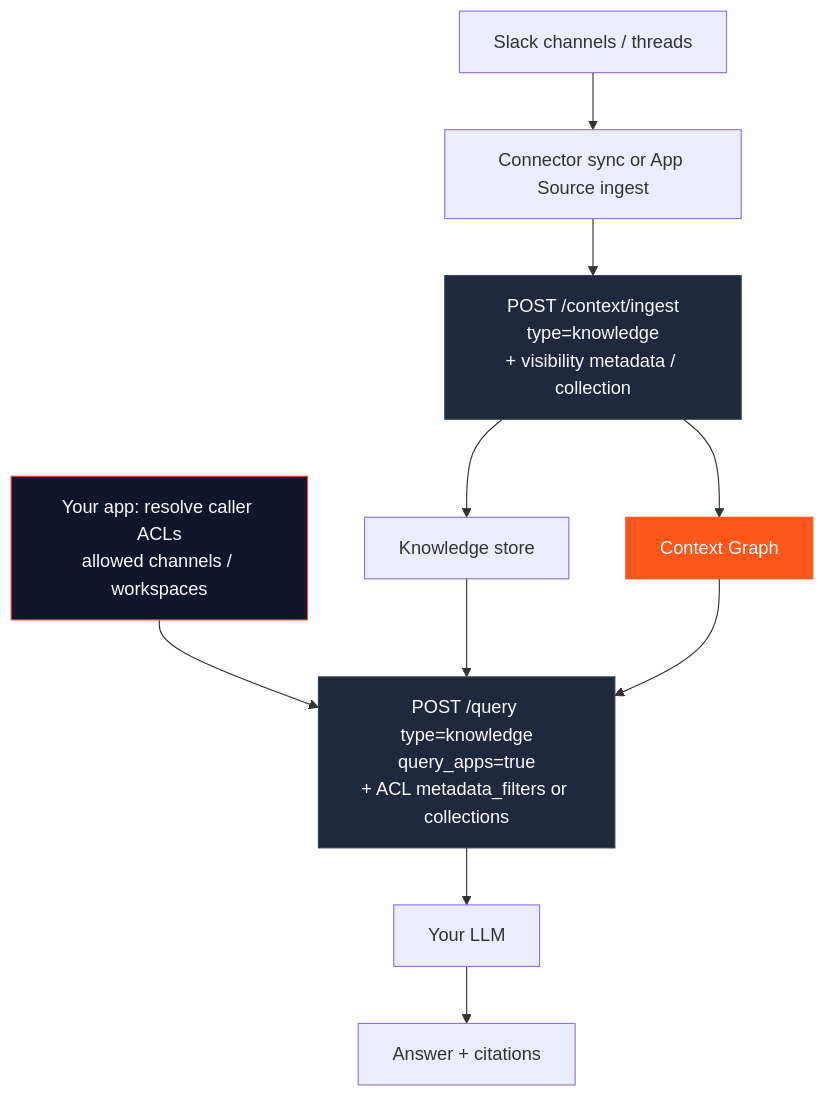
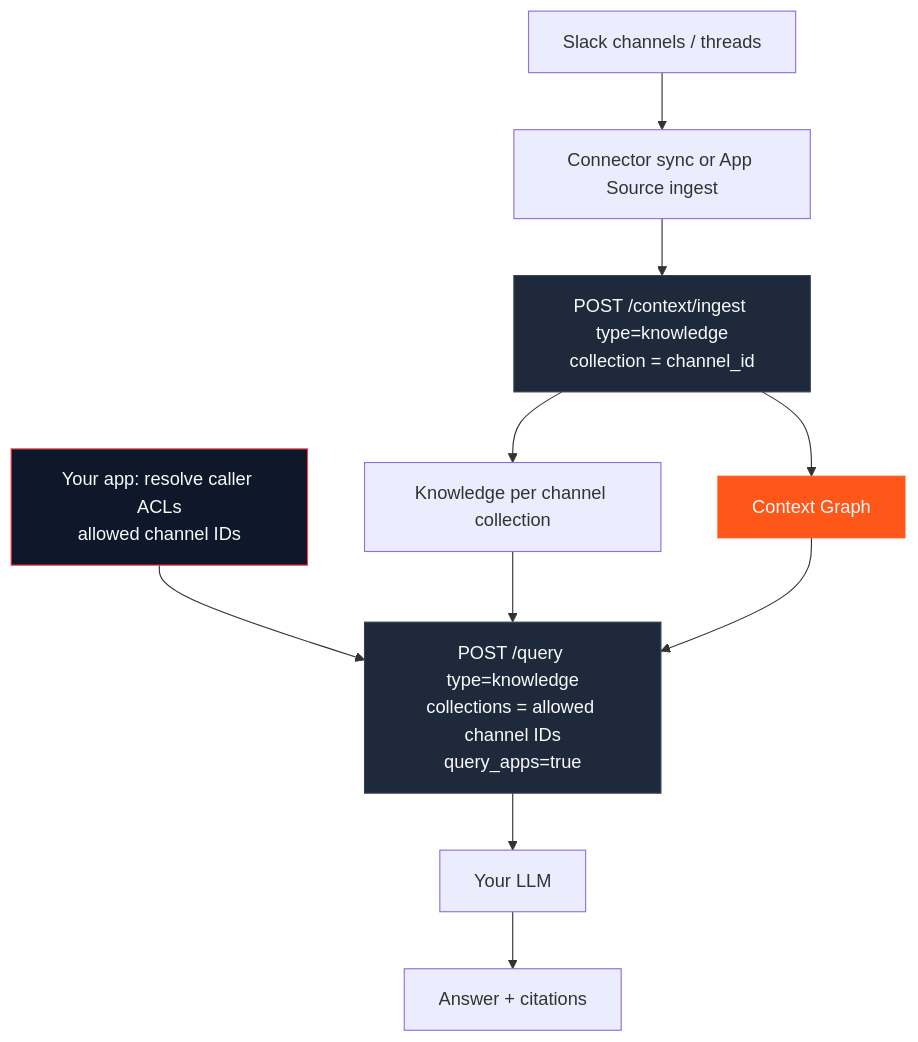
Before and after one commit to hydra-db/mintlify-docs: the first of 8 diagrams in essentials/v2/context-architecture/reference-architectures.mdx, drawn with Mermaid. The commit also changed other lines of this file and 2 other files, not shown here.

First line of the commit message:
docs(v2): document implementable multi-channel Slack ACL patterns

````diff
--- a/essentials/v2/context-architecture/reference-architectures.mdx
+++ b/essentials/v2/context-architecture/reference-architectures.mdx
@@ -14,25 +14,25 @@
 ```mermaid
 flowchart TB
   Slack["Slack channels / threads"]
-  AuthZ["Your app: resolve caller ACLs<br/>allowed channels / workspaces"]
+  AuthZ["Your app: resolve caller ACLs<br/>allowed channel IDs"]
   Conn["Connector sync or App Source ingest"]
-  Ingest["POST /context/ingest<br/>type=knowledge<br/>+ visibility metadata / collection"]
-  Know["Knowledge store"]
+  Ingest["POST /context/ingest type=knowledge<br/>collection = channel_id"]
+  Know["Knowledge per channel collection"]
   Graph["Context Graph"]
-  Q["POST /query type=knowledge<br/>query_apps=true<br/>+ ACL metadata_filters or collections"]
+  Q["POST /query type=knowledge<br/>collections = allowed channel IDs<br/>query_apps=true"]
   LLM["Your LLM"]
   Resp["Answer + citations"]
 
   Slack --> Conn --> Ingest
   Ingest --> Know
   Ingest --> Graph
   AuthZ --> Q
   Know --> Q
   Graph --> Q
   Q --> LLM --> Resp
 
   style Graph fill:#FF571A,stroke:#FF571A,color:#f8fafc
   style Ingest fill:#1e293b,stroke:#334155,color:#f8fafc
   style Q fill:#1e293b,stroke:#334155,color:#f8fafc
   style AuthZ fill:#0f172a,stroke:#ef4444,color:#f8fafc
 ```
````
